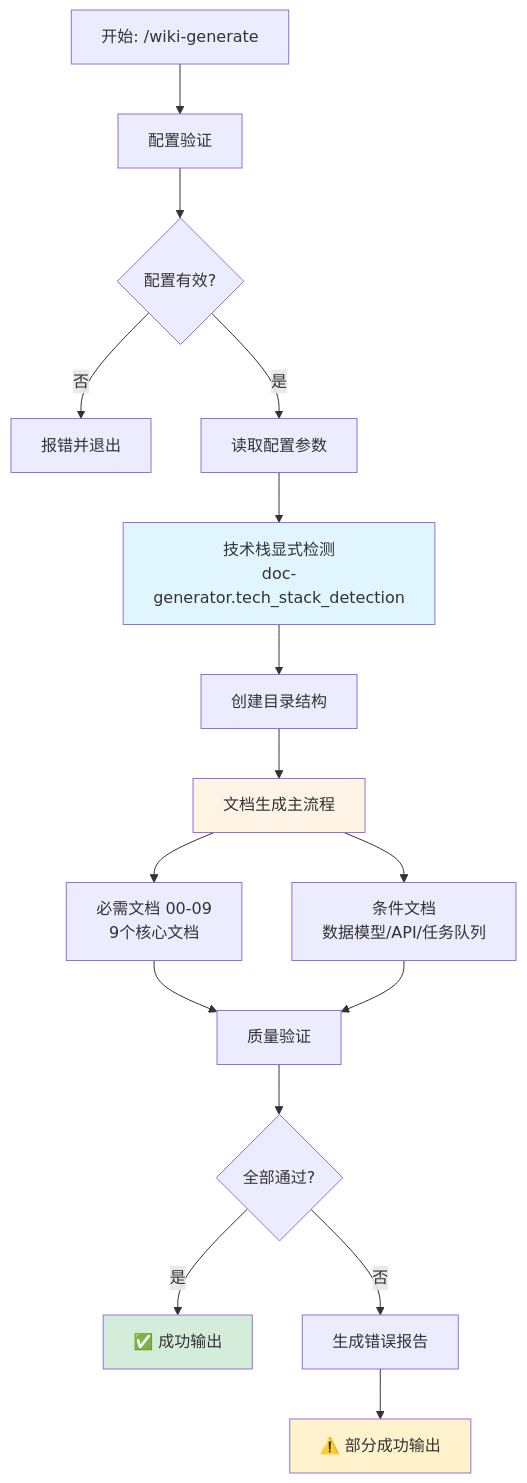
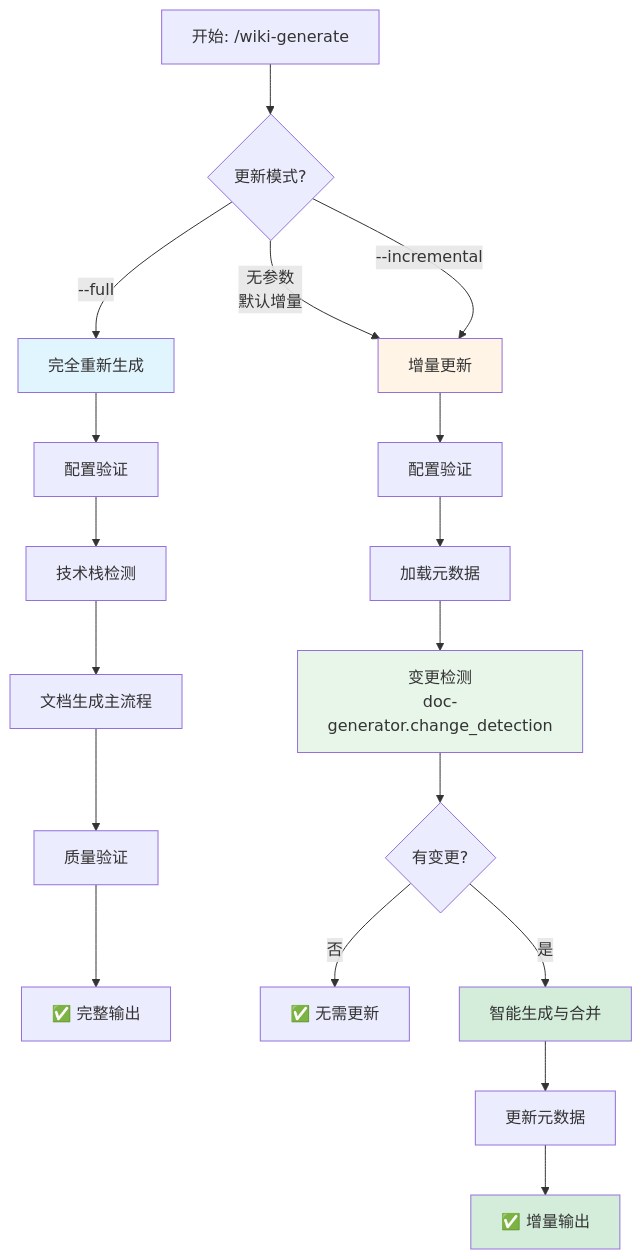
One commit to winwin-inc/claude-plugins changed the first of 2 diagrams in plugins/commands/wiki-generate.md. Above: the diagram before and after it, drawn with Mermaid. The commit also changed other lines of this file and 30 other files, not shown here.

````diff
--- a/plugins/commands/wiki-generate.md
+++ b/plugins/commands/wiki-generate.md
@@ -56,26 +69,28 @@
 ```mermaid
 flowchart TD
-    A[开始: /wiki-generate] --> B[配置验证]
-    B --> C{配置有效?}
-    C -->|否| D[报错并退出]
-    C -->|是| E[读取配置参数]
-    E --> F[技术栈显式检测<br/>doc-generator.tech_stack_detection]
-    F --> G[创建目录结构]
-    G --> H[文档生成主流程]
+    A[开始: /wiki-generate] --> B{更新模式?}
+    B -->|--full| C[完全重新生成]
+    B -->|无参数<br/>默认增量| D[增量更新]
+    B -->|--incremental| D
 
-    H --> I1[必需文档 00-09<br/>9个核心文档]
-    H --> I2[条件文档<br/>数据模型/API/任务队列]
+    C --> C1[配置验证]
+    C1 --> C2[技术栈检测]
+    C2 --> C3[文档生成主流程]
+    C3 --> C4[质量验证]
+    C4 --> C5[✅ 完整输出]
 
-    I1 --> J[质量验证]
-    I2 --> J
+    D --> D1[配置验证]
+    D1 --> D2[加载元数据]
+    D2 --> D3[变更检测<br/>doc-generator.change_detection]
+    D3 --> D4{有变更?}
+    D4 -->|否| D5[✅ 无需更新]
+    D4 -->|是| D6[智能生成与合并]
+    D6 --> D7[更新元数据]
+    D7 --> D8[✅ 增量输出]
 
-    J --> K{全部通过?}
-    K -->|是| L[✅ 成功输出]
-    K -->|否| M[生成错误报告]
-    M --> N[⚠️ 部分成功输出]
-
-    style F fill:#e1f5ff
-    style H fill:#fff4e6
-    style L fill:#d4edda
-    style N fill:#fff3cd
+    style C fill:#e1f5ff
+    style D fill:#fff4e6
+    style D3 fill:#e8f5e9
+    style D6 fill:#d4edda
+    style D8 fill:#d4edda
 ```
````
